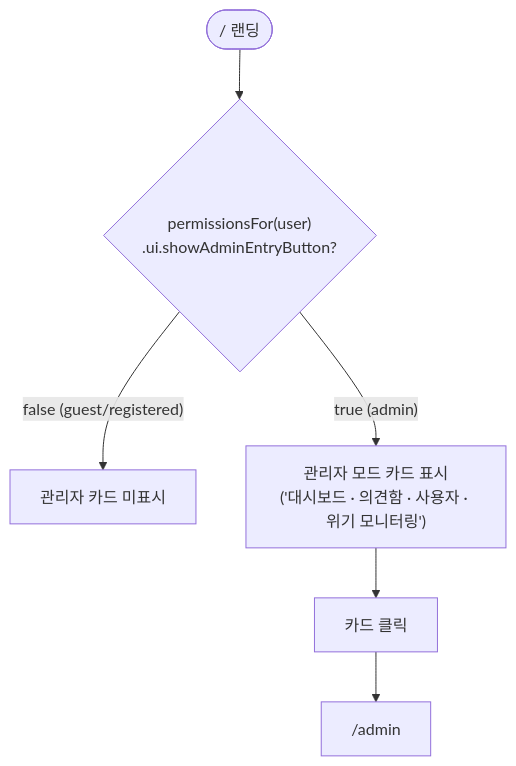
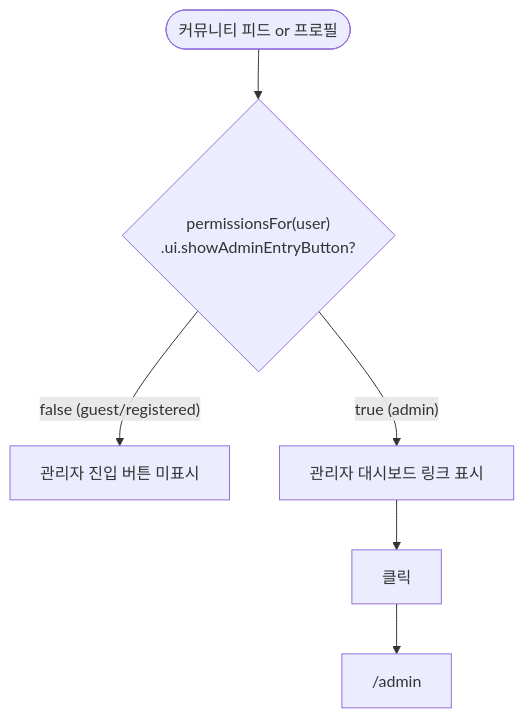
The first of 3 diagrams in frontend/docs/ux/flows/09-admin.md (Justant-source/Again-Spring), drawn with Mermaid before and after one commit. The commit also changed other lines of this file and 58 other files, not shown here.

````diff
--- a/frontend/docs/ux/flows/09-admin.md
+++ b/frontend/docs/ux/flows/09-admin.md
@@ -14,8 +13,8 @@
 ```mermaid
 flowchart TD
-    Landing(["/ 랜딩"]) --> PermCheck{"permissionsFor(user)\n.ui.showAdminEntryButton?"}
-    PermCheck -->|"false (guest/registered)"| NoCTA["관리자 카드 미표시"]
-    PermCheck -->|"true (admin)"| AdminCard["관리자 모드 카드 표시\n('대시보드 · 의견함 · 사용자 · 위기 모니터링')"]
-    AdminCard --> Click["카드 클릭"]
+    Feed(["커뮤니티 피드 or 프로필"]) --> PermCheck{"permissionsFor(user)\n.ui.showAdminEntryButton?"}
+    PermCheck -->|"false (guest/registered)"| NoCTA["관리자 진입 버튼 미표시"]
+    PermCheck -->|"true (admin)"| AdminLink["관리자 대시보드 링크 표시"]
+    AdminLink --> Click["클릭"]
     Click --> Admin["/admin"]
 ```
````
